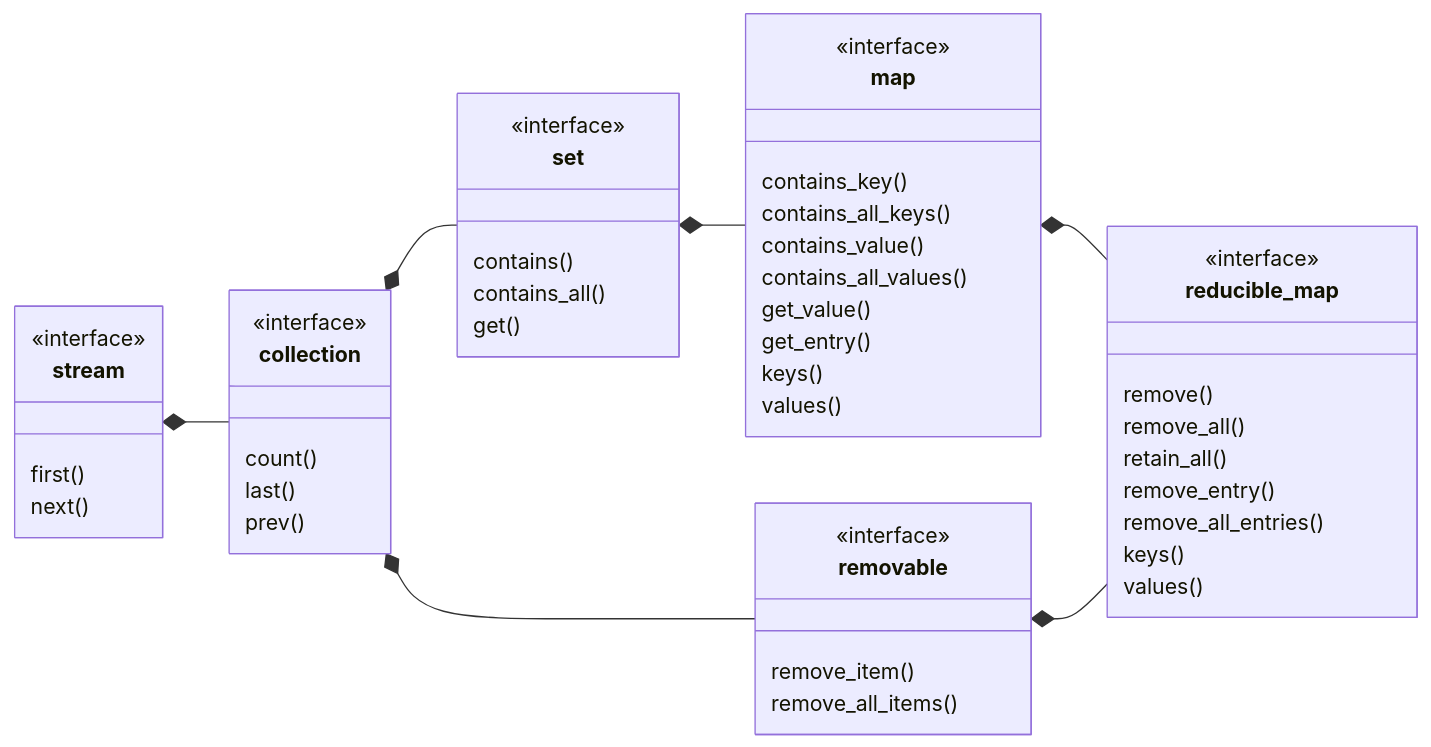
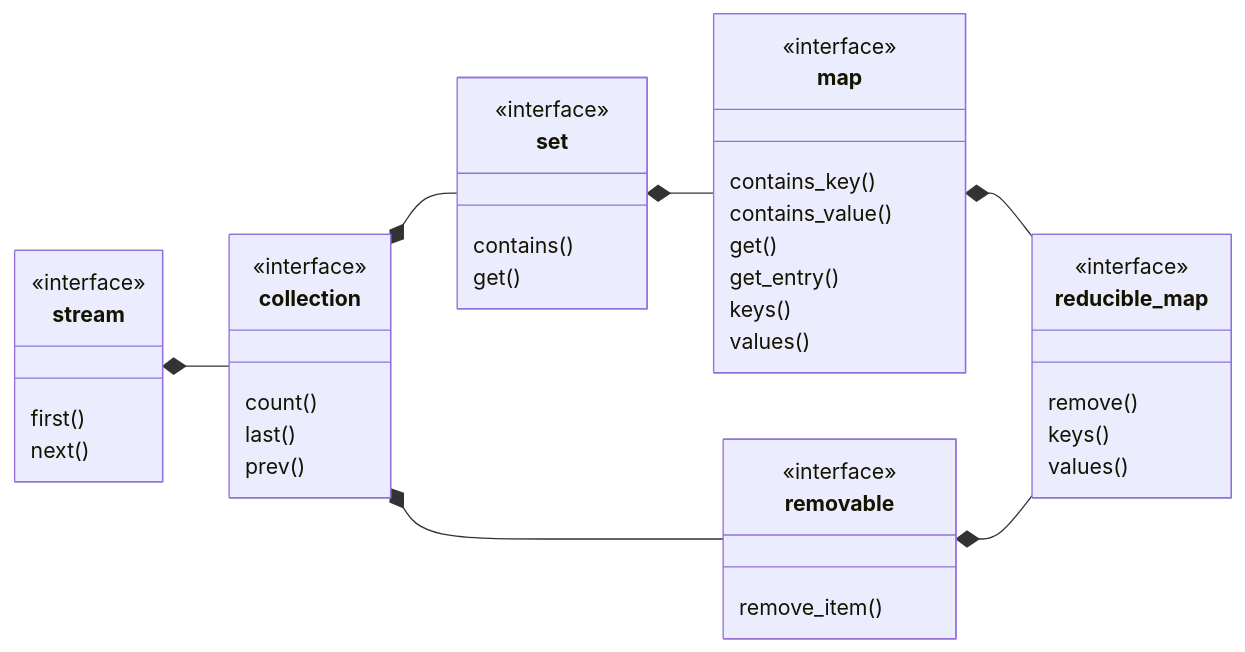
The diagram in doc/reducible_map.md (pretore/aquarium-butterflyfish), drawn with Mermaid before and after one commit. The commit also changed other lines of this file and 387 other files, not shown here.

````diff
--- a/doc/reducible_map.md
+++ b/doc/reducible_map.md
@@ -3,53 +3,45 @@
 ```mermaid
 classDiagram
     direction LR
     class stream {
         first()
         next()
     }
     <<interface>> stream
     class collection {
         count()
         last()
         prev()
     }
     <<interface>> collection
     stream *-- collection
     class set {
         contains()
-        contains_all()
         get()
     }
     <<interface>> set
     collection *-- set
     class removable {
         remove_item()
-        remove_all_items()
     }
     <<interface>> removable
     collection *-- removable
     class map {
         contains_key()
-        contains_all_keys()
         contains_value()
-        contains_all_values()
-        get_value()
+        get()
         get_entry()
         keys()
         values()
     }
     <<interface>> map
     set *-- map
     class reducible_map {
         remove()
-        remove_all()
-        retain_all()
-        remove_entry()
-        remove_all_entries()
         keys()
         values()
     }
     <<interface>> reducible_map
     map *-- reducible_map
     removable *-- reducible_map
 ```
````
